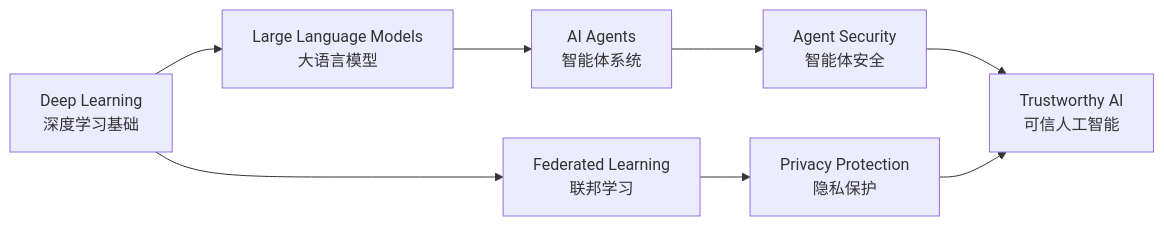
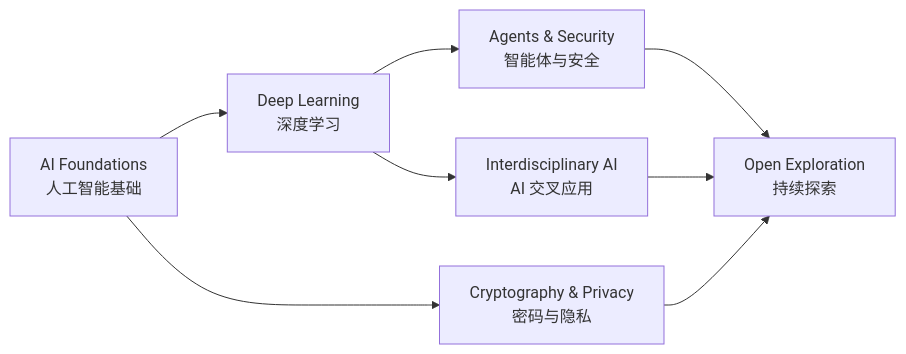
One commit to yu123-ops/yu123-ops changed the diagram in README.md. Above: the diagram before and after it, drawn with Mermaid. The commit also changed other lines of this file, not shown here.

````diff
--- a/README.md
+++ b/README.md
@@ -85,10 +91,10 @@
 ```mermaid
 flowchart LR
-    A["Deep Learning<br/>深度学习基础"] --> B["Large Language Models<br/>大语言模型"]
-    B --> C["AI Agents<br/>智能体系统"]
-    C --> D["Agent Security<br/>智能体安全"]
-    A --> E["Federated Learning<br/>联邦学习"]
-    E --> F["Privacy Protection<br/>隐私保护"]
-    D --> G["Trustworthy AI<br/>可信人工智能"]
-    F --> G
+    A["AI Foundations<br/>人工智能基础"] --> B["Deep Learning<br/>深度学习"]
+    B --> C["Agents & Security<br/>智能体与安全"]
+    A --> D["Cryptography & Privacy<br/>密码与隐私"]
+    B --> E["Interdisciplinary AI<br/>AI 交叉应用"]
+    C --> F["Open Exploration<br/>持续探索"]
+    D --> F
+    E --> F
 ```
````
